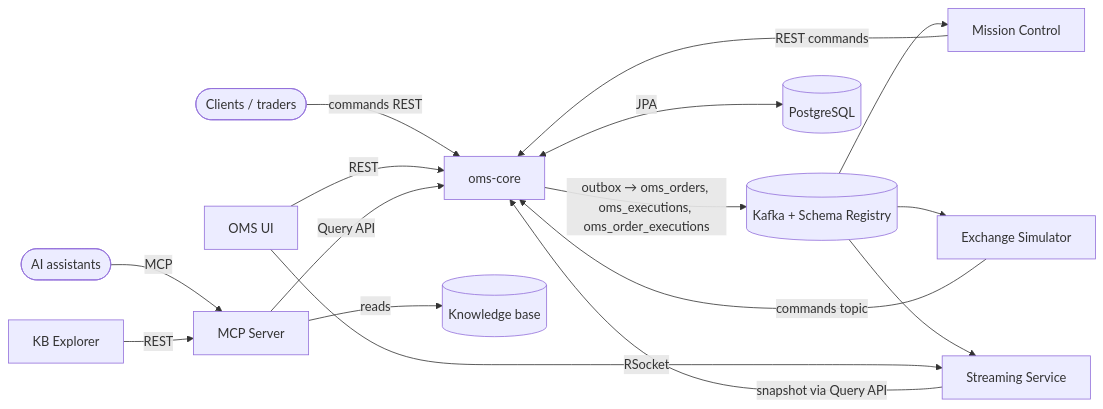
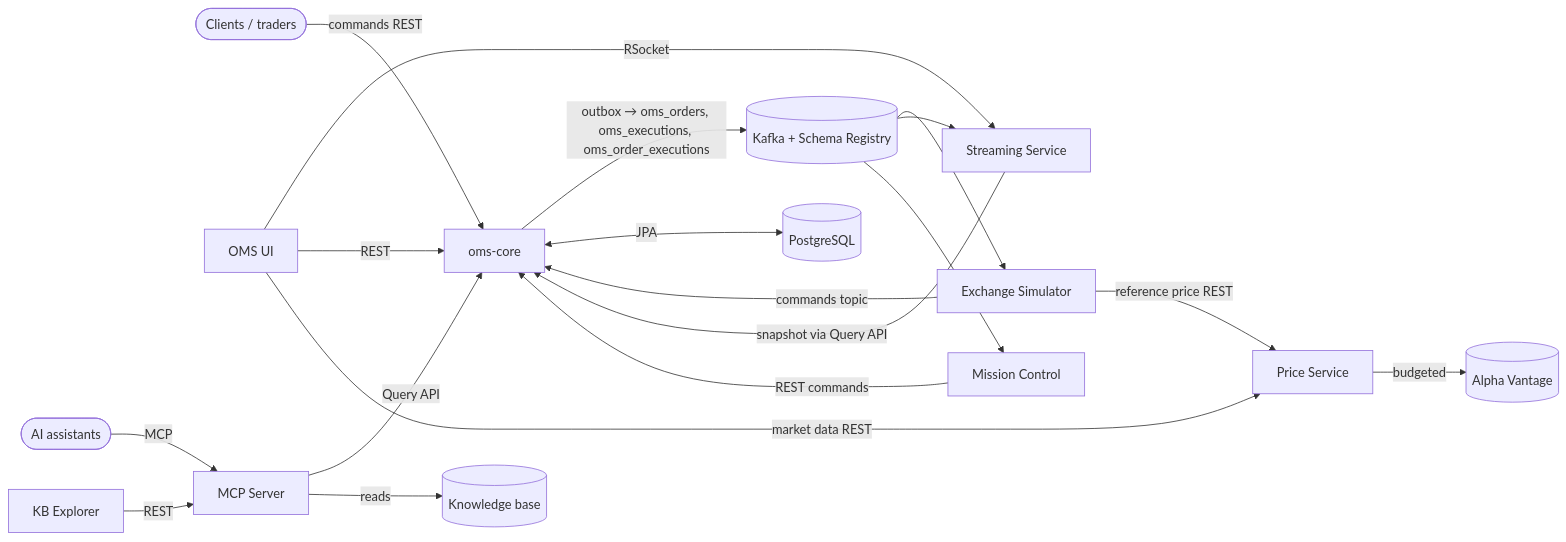
Before and after one commit to tbaderts/oms: the diagram in oms-knowledge-base/architecture/context/system-context.md, drawn with Mermaid. The commit also changed other lines of this file and 260 other files, not shown here.

Commit message:
price service, dlt monitor

````diff
--- a/oms-knowledge-base/architecture/context/system-context.md
+++ b/oms-knowledge-base/architecture/context/system-context.md
@@ -17,18 +17,21 @@
 ```mermaid
 flowchart LR
   client([Clients / traders]) -->|commands REST| core
   sim[Exchange Simulator] -->|commands topic| core
   core[oms-core] -->|outbox → oms_orders, oms_executions, oms_order_executions| kafka[(Kafka + Schema Registry)]
   kafka --> sim
   kafka --> stream[Streaming Service]
   core <-->|JPA| pg[(PostgreSQL)]
   stream -->|snapshot via Query API| core
   ui[OMS UI] -->|RSocket| stream
   ui -->|REST| core
+  ui -->|market data REST| price[Price Service]
+  sim -->|reference price REST| price
+  price -->|budgeted| av[(Alpha Vantage)]
   mcp[MCP Server] -->|Query API| core
   mcp -->|reads| kb[(Knowledge base)]
   agents([AI assistants]) -->|MCP| mcp
   explorer[KB Explorer] -->|REST| mcp
   mc[Mission Control] -->|REST commands| core
   kafka --> mc
 ```
````
